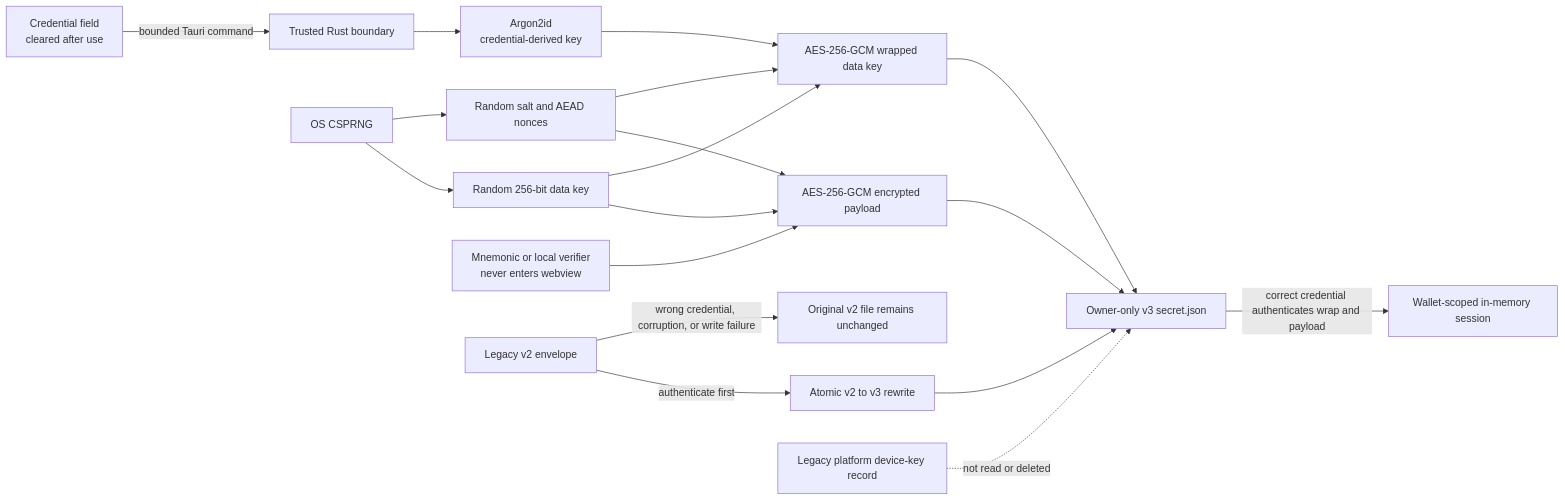
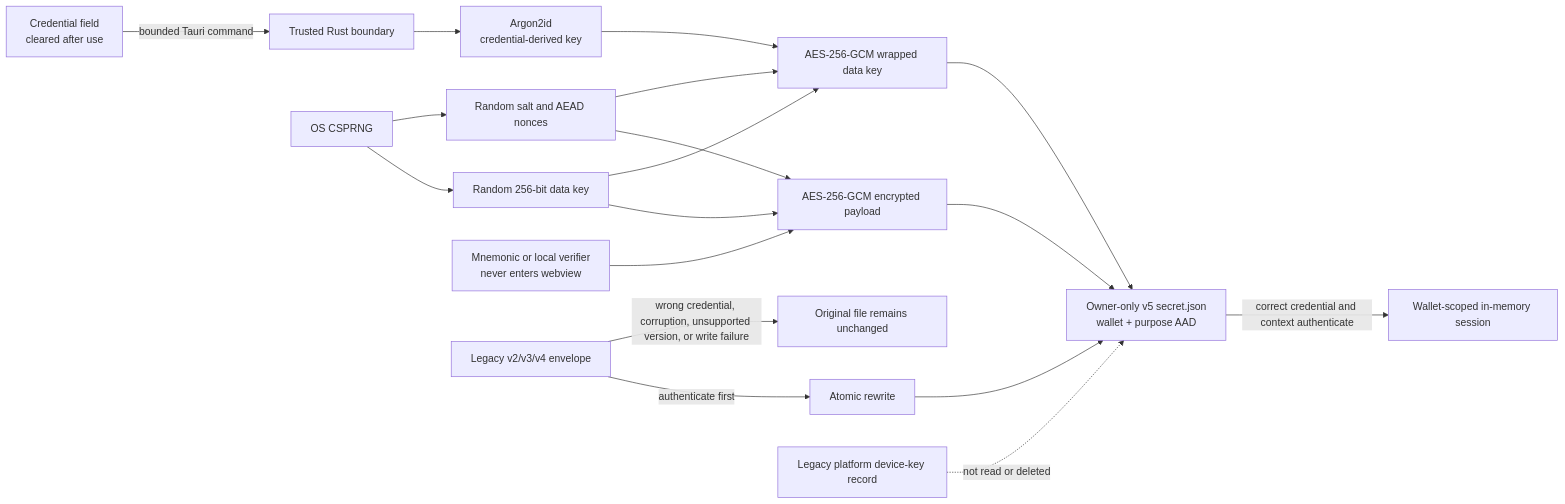
The diagram in docs/architecture.md (grootwallet/groot), drawn with Mermaid before and after one commit. The commit also changed other lines of this file and 35 other files, not shown here.

````diff
--- a/docs/architecture.md
+++ b/docs/architecture.md
@@ -72,20 +72,20 @@
 ```mermaid
 flowchart LR
     UI["Credential field<br/>cleared after use"] -->|bounded Tauri command| RUST["Trusted Rust boundary"]
     RUST --> KDF["Argon2id<br/>credential-derived key"]
     RNG["OS CSPRNG"] --> DK["Random 256-bit data key"]
     RNG --> META["Random salt and AEAD nonces"]
     SECRET["Mnemonic or local verifier<br/>never enters webview"] --> PAYLOAD["AES-256-GCM encrypted payload"]
     DK --> PAYLOAD
     KDF --> WRAP["AES-256-GCM wrapped data key"]
     DK --> WRAP
     META --> PAYLOAD
     META --> WRAP
-    PAYLOAD --> V3["Owner-only v3 secret.json"]
-    WRAP --> V3
-    V3 -->|correct credential authenticates wrap and payload| SESSION["Wallet-scoped in-memory session"]
-    V2["Legacy v2 envelope"] -->|authenticate first| MIGRATE["Atomic v2 to v3 rewrite"]
-    MIGRATE --> V3
-    V2 -->|wrong credential, corruption, or write failure| UNCHANGED["Original v2 file remains unchanged"]
-    KEYCHAIN["Legacy platform device-key record"] -.->|not read or deleted| V3
+    PAYLOAD --> V5["Owner-only v5 secret.json<br/>wallet + purpose AAD"]
+    WRAP --> V5
+    V5 -->|correct credential and context authenticate| SESSION["Wallet-scoped in-memory session"]
+    LEGACY["Legacy v2/v3/v4 envelope"] -->|authenticate first| MIGRATE["Atomic rewrite"]
+    MIGRATE --> V5
+    LEGACY -->|wrong credential, corruption, unsupported version, or write failure| UNCHANGED["Original file remains unchanged"]
+    KEYCHAIN["Legacy platform device-key record"] -.->|not read or deleted| V5
 ```
````
